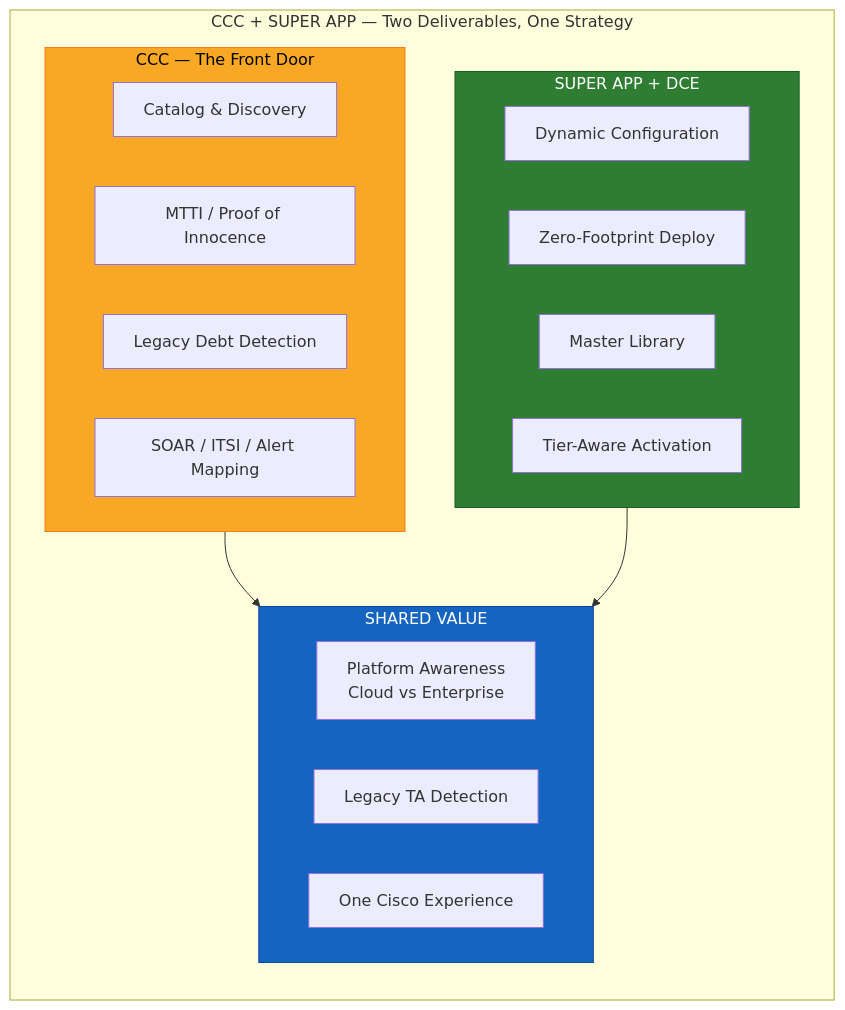
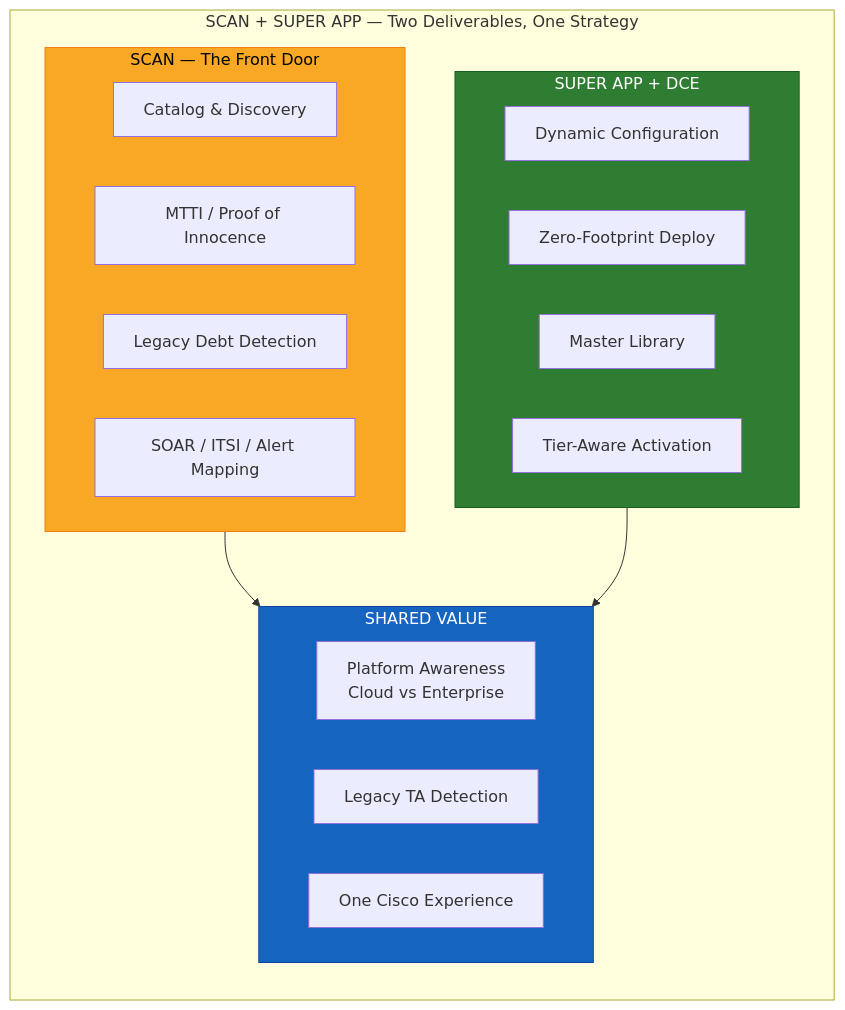
One commit to splunk/splunk-cisco-app-navigator changed the fifth of 8 diagrams in docs/Cisco_Splunk_TA_Strategy_Presentation.md. Above: the diagram before and after it, drawn with Mermaid. The commit also changed other lines of this file and 47 other files, not shown here.

````diff
--- a/docs/Cisco_Splunk_TA_Strategy_Presentation.md
+++ b/docs/Cisco_Splunk_TA_Strategy_Presentation.md
@@ -428,28 +438,28 @@
 ```mermaid
 graph TB
-    subgraph "CCC + SUPER APP — Two Deliverables, One Strategy"
+    subgraph "SCAN + SUPER APP — Two Deliverables, One Strategy"
         direction TB
-        subgraph CCC["CCC — The Front Door"]
+        subgraph SCAN["SCAN — The Front Door"]
             C1["Catalog & Discovery"]
             C2["MTTI / Proof of Innocence"]
             C3["Legacy Debt Detection"]
             C4["SOAR / ITSI / Alert Mapping"]
         end
         subgraph BOTH["SHARED VALUE"]
             B1["Platform Awareness<br/>Cloud vs Enterprise"]
             B2["Legacy TA Detection"]
             B3["One Cisco Experience"]
         end
         subgraph SA["SUPER APP + DCE"]
             S1["Dynamic Configuration"]
             S2["Zero-Footprint Deploy"]
             S3["Master Library"]
             S4["Tier-Aware Activation"]
         end
     end
-    CCC --> BOTH
+    SCAN --> BOTH
     SA --> BOTH
-    style CCC fill:#f9a825,stroke:#f57f17,color:#000
+    style SCAN fill:#f9a825,stroke:#f57f17,color:#000
     style SA fill:#2e7d32,stroke:#1b5e20,color:#fff
     style BOTH fill:#1565c0,stroke:#0d47a1,color:#fff
 ```
````
